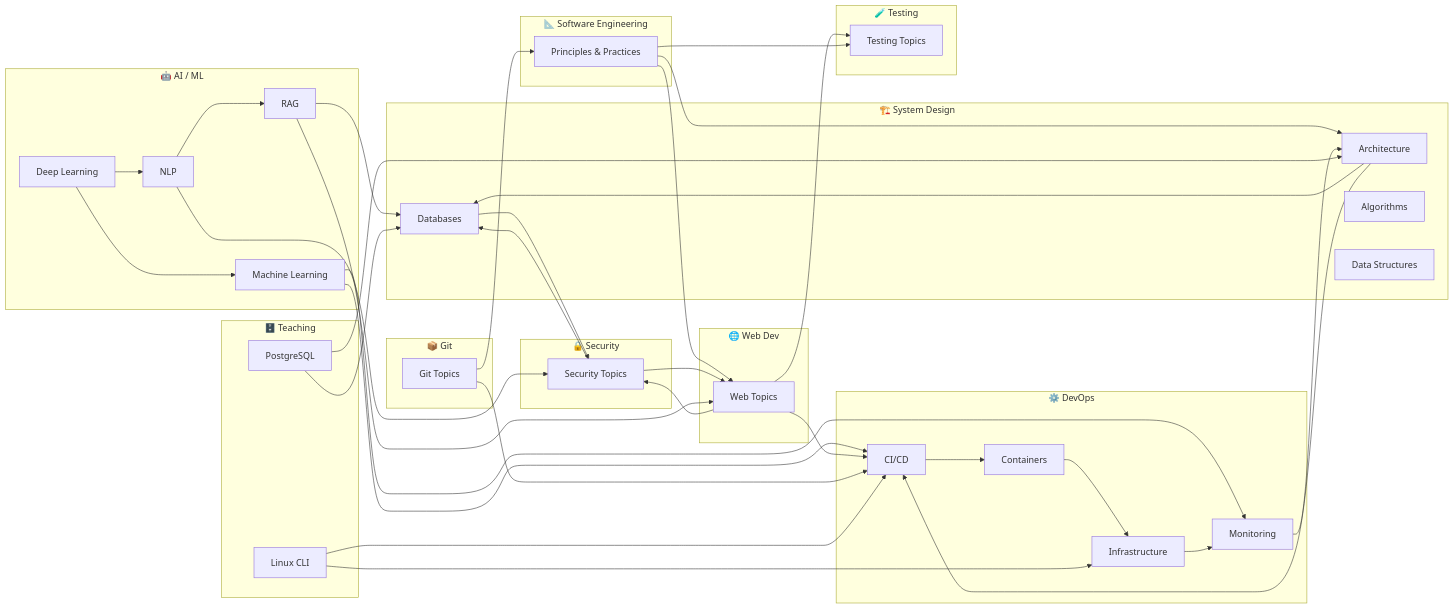
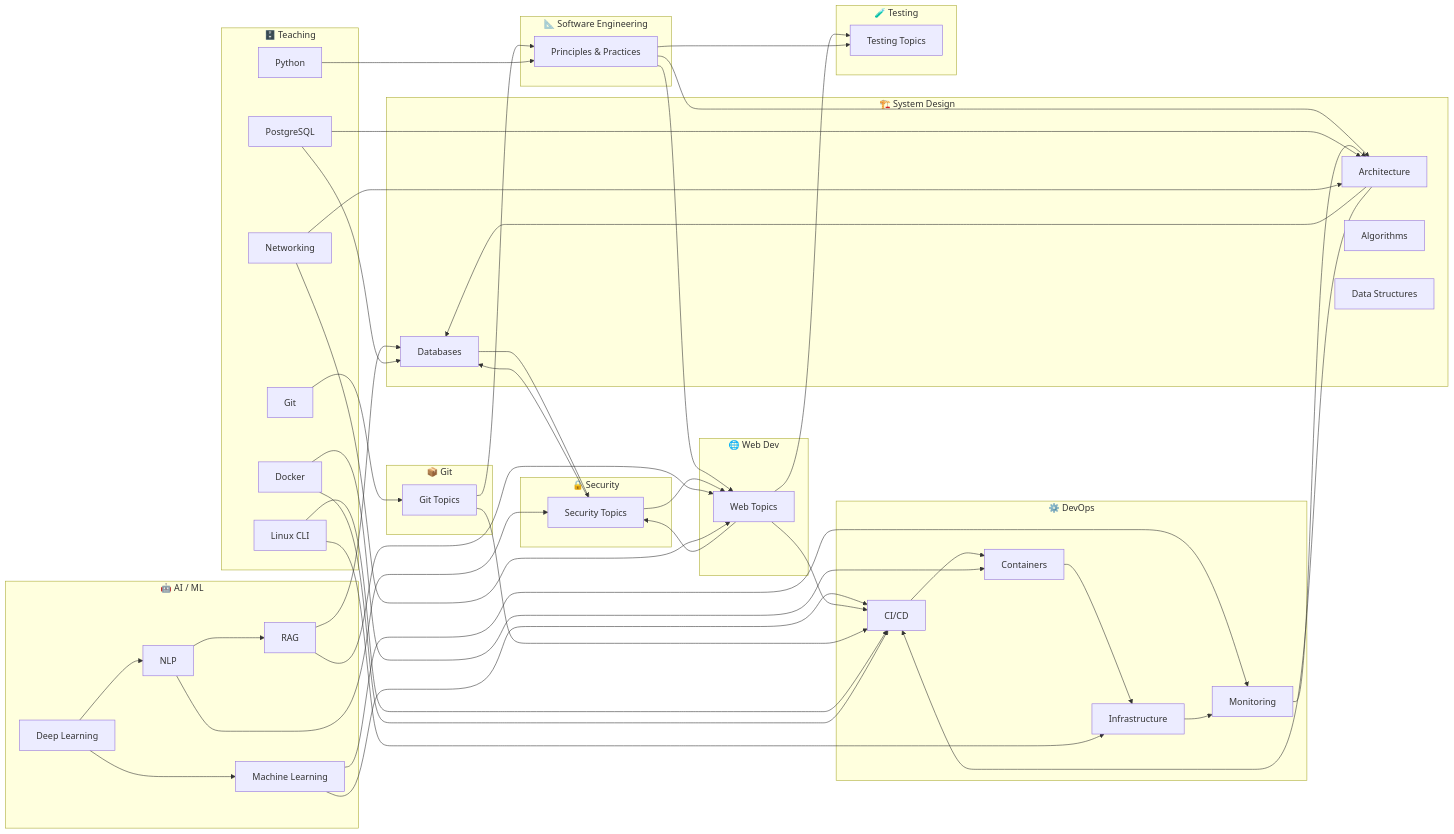
Before and after one commit to Saboor-Hamedi/lumina-notes: the second of 2 diagrams in _MOC.md, drawn with Mermaid. The commit also changed other lines of this file and 39 other files, not shown here.

Commit message:
Add docker, git, python, networking workspaces + database lessons 5-6 (replication, backup)

````diff
--- a/_MOC.md
+++ b/_MOC.md
@@ -425,6 +433,10 @@
   subgraph TCH["🗄️ Teaching"]
     DB_T["PostgreSQL"]
     LX_T["Linux CLI"]
+    DK_T["Docker"]
+    GT_T["Git"]
+    PY_T["Python"]
+    NW_T["Networking"]
   end
 
   DL --> NLP
@@ -456,4 +468,10 @@
   DB_T --> ARCH
   LX_T --> INF
   LX_T --> CICD
+  DK_T --> CICD
+  DK_T --> CT
+  GT_T --> GIT_N
+  PY_T --> SE_N
+  NW_T --> ARCH
+  NW_T --> WEB_N
 ```
````
